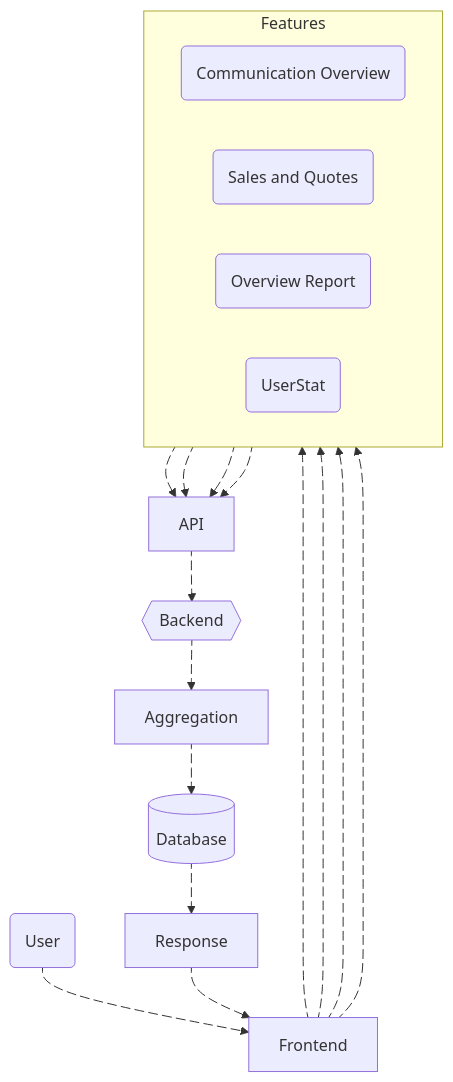
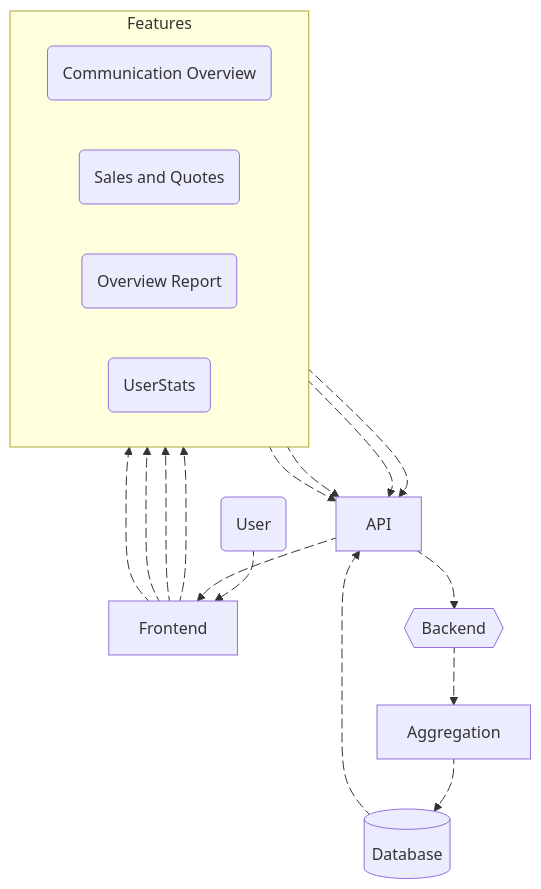
One commit to Harshita-capsitech/EmailDocs changed the first of 3 diagrams in TimeSheet/Dashboard.md. Above: the diagram before and after it, drawn with Mermaid. The commit also changed other lines of this file, not shown here.

````diff
--- a/TimeSheet/Dashboard.md
+++ b/TimeSheet/Dashboard.md
@@ -23,53 +23,52 @@
 ```mermaid
 flowchart TD
     %% Main Steps
     user("User")
     frontend["Frontend"]
 
     subgraph features ["Features"]
       direction LR
       comm("Communication Overview")
       salesq("Sales and Quotes")
       overview("Overview Report")
-      userstat("UserStat")
+      userstat("UserStats")
     end
 
     api["API"]
     backend{{"Backend"}}
     agg["Aggregation"]
     db[("Database")]
-    resp["Response"]
 
     %% Animated edges for "movable" effect
     user e1@--> frontend
     frontend e2@--> comm
     frontend e3@--> salesq
     frontend e4@--> overview
     frontend e5@--> userstat
 
     comm e6@--> api
     salesq e7@--> api
     overview e8@--> api
     userstat e9@--> api
     api e10@--> backend
     backend e11@--> agg
     agg e12@--> db
-    db e13@--> resp
-    resp e14@--> frontend
+    db e13@--> api
+    api e14@--> frontend
 
     %% Turn on edge animations
     e1@{ animate: true }
     e2@{ animate: true }
     e3@{ animate: true }
     e4@{ animate: true }
     e5@{ animate: true }
     e6@{ animate: true }
     e7@{ animate: true }
     e8@{ animate: true }
     e9@{ animate: true }
     e10@{ animate: true }
     e11@{ animate: true }
     e12@{ animate: true }
     e13@{ animate: true }
     e14@{ animate: true }
 ```
````
